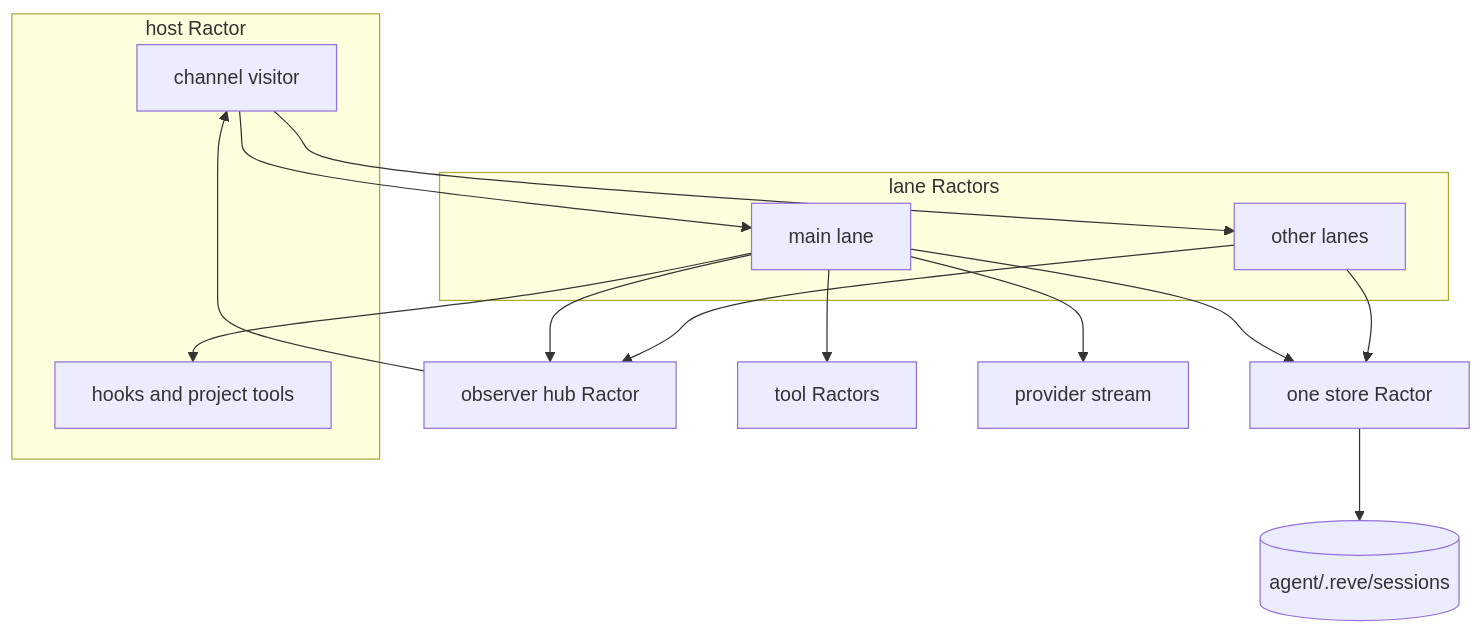
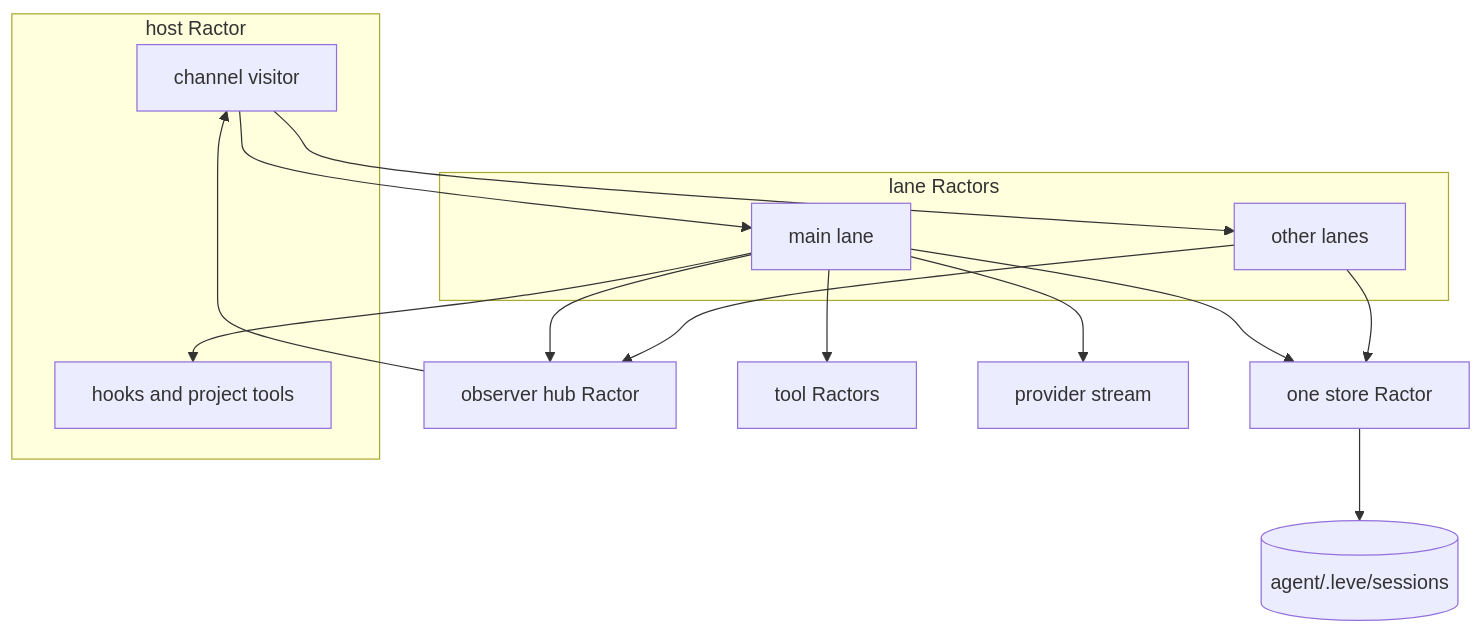
Before and after one commit to tobi/reve: the second of 2 diagrams in README.md, drawn with Mermaid. The commit also changed other lines of this file and 122 other files, not shown here.

````diff
--- a/README.md
+++ b/README.md
@@ -417,28 +423,28 @@
 ```mermaid
 flowchart TB
   subgraph Host[host Ractor]
     Channel[channel visitor]
     Hooks[hooks and project tools]
   end
   subgraph Lanes[lane Ractors]
     Main[main lane]
     Other[other lanes]
   end
   Store[one store Ractor]
   Hub[observer hub Ractor]
-  Files[(agent/.reve/sessions)]
+  Files[(agent/.leve/sessions)]
   Tools[tool Ractors]
   Provider[provider stream]
 
   Channel --> Main
   Channel --> Other
   Main --> Hooks
   Main --> Provider
   Main --> Tools
   Main --> Store
   Other --> Store
   Store --> Files
   Main --> Hub
   Other --> Hub
   Hub --> Channel
 ```
````
